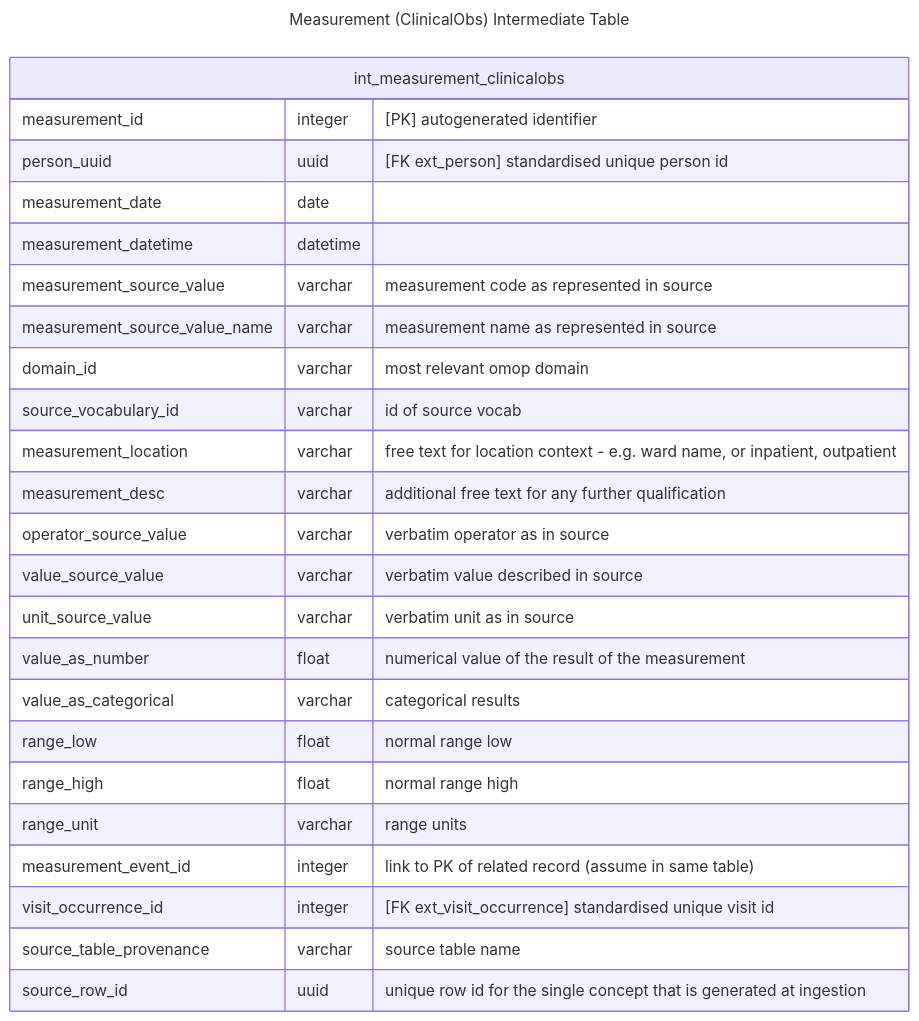
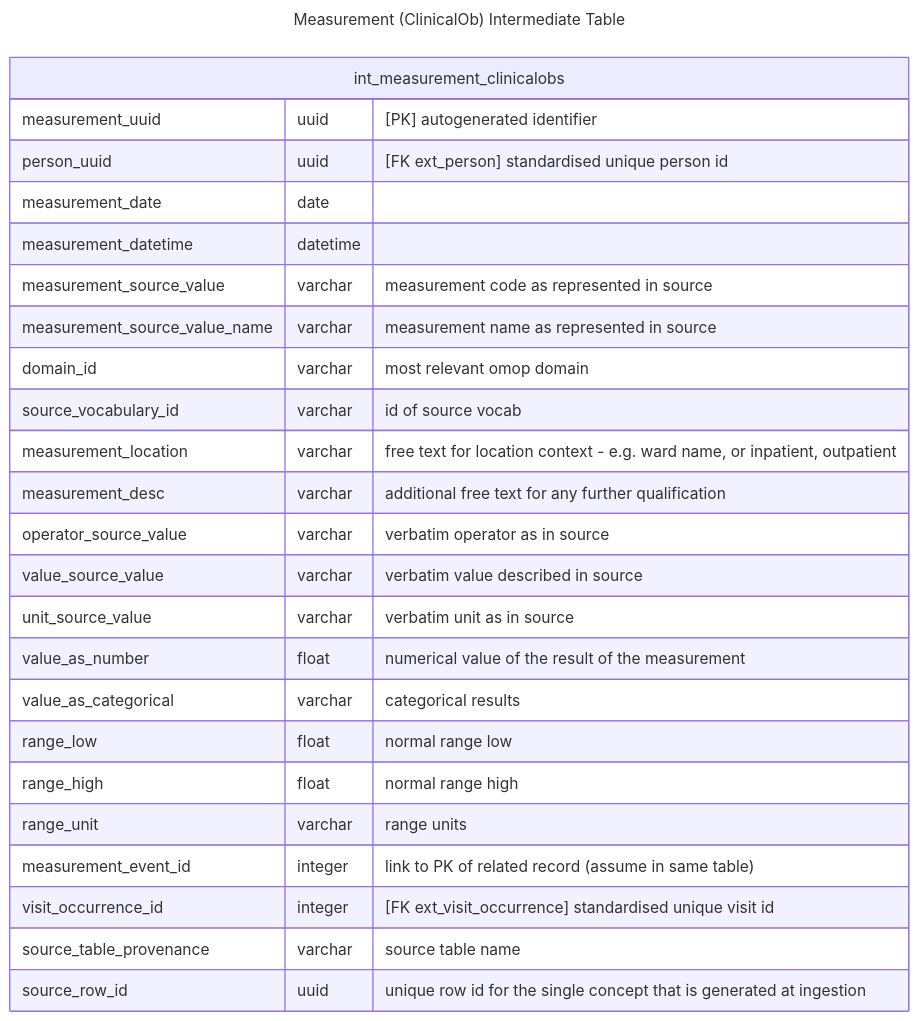
Before and after one commit to d3london/sde_aic_external_docs: the second of 4 diagrams in src/pages/data_model/cdm_measurement.qmd, drawn with Mermaid. The commit also changed other lines of this file and 3 other files, not shown here.

````diff
--- a/src/pages/data_model/cdm_measurement.qmd
+++ b/src/pages/data_model/cdm_measurement.qmd
@@ -63,30 +63,30 @@
 ```{mermaid}
 ---
-title: Measurement (ClinicalObs) Intermediate Table
+title: Measurement (ClinicalOb) Intermediate Table
 ---
 erDiagram
     int_measurement_clinicalobs {
-        measurement_id integer "[PK] autogenerated identifier"
+        measurement_uuid uuid "[PK] autogenerated identifier"
         person_uuid uuid "[FK ext_person] standardised unique person id"
         measurement_date date
         measurement_datetime datetime    
         measurement_source_value varchar "measurement code as represented in source"
         measurement_source_value_name varchar "measurement name as represented in source"
         domain_id varchar "most relevant omop domain"
         source_vocabulary_id varchar "id of source vocab"
         measurement_location varchar "free text for location context - e.g. ward name, or inpatient, outpatient"
         measurement_desc varchar "additional free text for any further qualification"        
         operator_source_value varchar "verbatim operator as in source"
         value_source_value varchar "verbatim value described in source"
         unit_source_value varchar "verbatim unit as in source"               
         value_as_number float "numerical value of the result of the measurement"
         value_as_categorical varchar "categorical results"        
         range_low float "normal range low"
         range_high float  "normal range high"
         range_unit varchar "range units"
         measurement_event_id integer "link to PK of related record (assume in same table)"
         visit_occurrence_id integer "[FK ext_visit_occurrence] standardised unique visit id"
         source_table_provenance varchar "source table name"
         source_row_id uuid "unique row id for the single concept that is generated at ingestion"
     }
 ```
````
